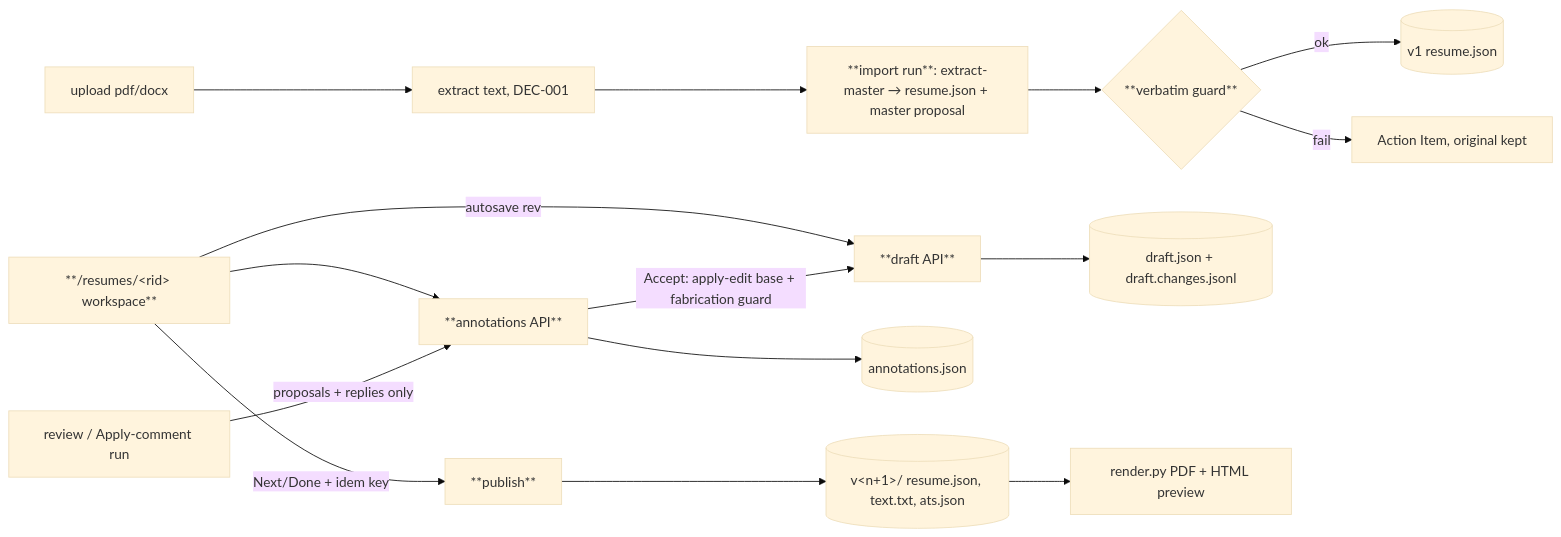
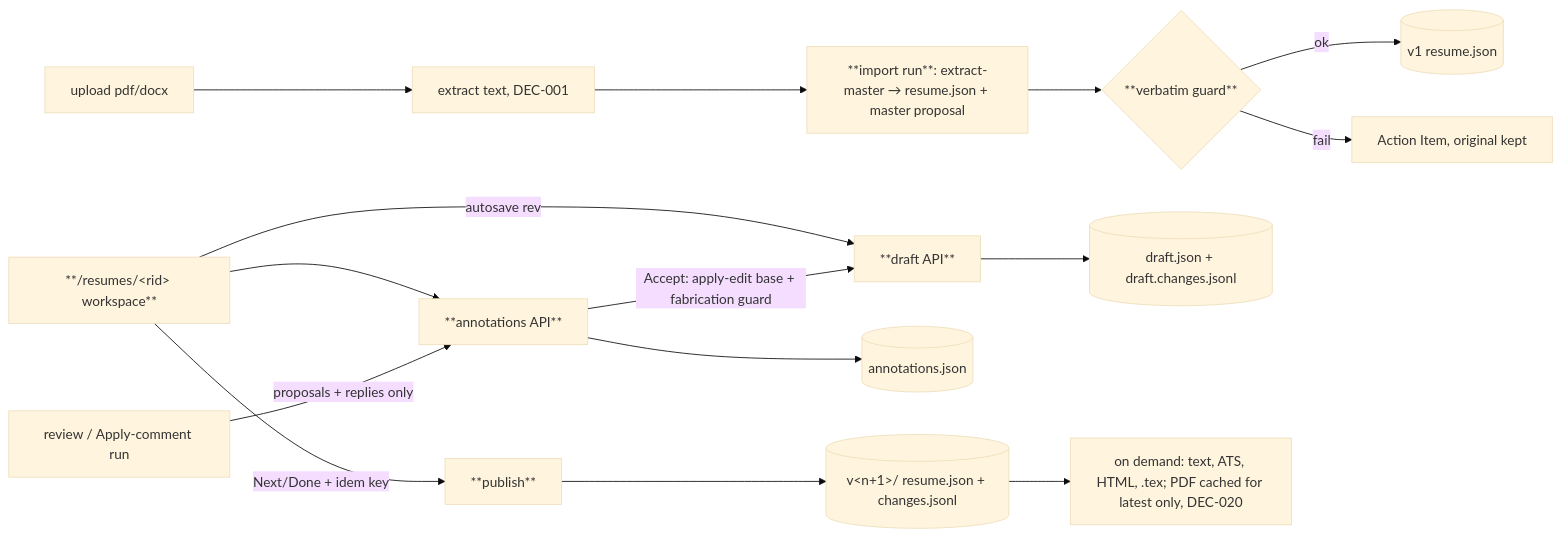
Before and after one commit to m0hamedb3ngab5ia/career-os-template: the eighth of 9 diagrams in docs/product/09_ARCHITECTURE.md, drawn with Mermaid (base theme). The commit also changed other lines of this file and 2 other files, not shown here.

Commit message:
docs(product): DEC-020 résumé versions store JSON only, render on demand (#170)

````diff
--- a/docs/product/09_ARCHITECTURE.md
+++ b/docs/product/09_ARCHITECTURE.md
@@ -222,12 +222,12 @@
 ```mermaid
 flowchart LR
   up[upload pdf/docx] --> extract[extract text, DEC-001] --> imp[**import run**: extract-master → resume.json + master proposal]
   imp --> guard{**verbatim guard**} -->|ok| ver[(v1 resume.json)]
   guard -->|fail| ai[Action Item, original kept]
   ws[**/resumes/&lt;rid&gt; workspace**] -->|autosave rev| draft[**draft API**] --> files[(draft.json + draft.changes.jsonl)]
   ws --> ann[**annotations API**] --> afile[(annotations.json)]
   runs[review / Apply-comment run] -->|proposals + replies only| ann
   ann -->|Accept: apply-edit base + fabrication guard| draft
-  ws -->|Next/Done + idem key| pub[**publish**] --> ver2[(v&lt;n+1&gt;/ resume.json, text.txt, ats.json)]
-  ver2 --> render[render.py PDF + HTML preview]
+  ws -->|Next/Done + idem key| pub[**publish**] --> ver2[(v&lt;n+1&gt;/ resume.json + changes.jsonl)]
+  ver2 --> render[on demand: text, ATS, HTML, .tex; PDF cached for latest only, DEC-020]
 ```
````
